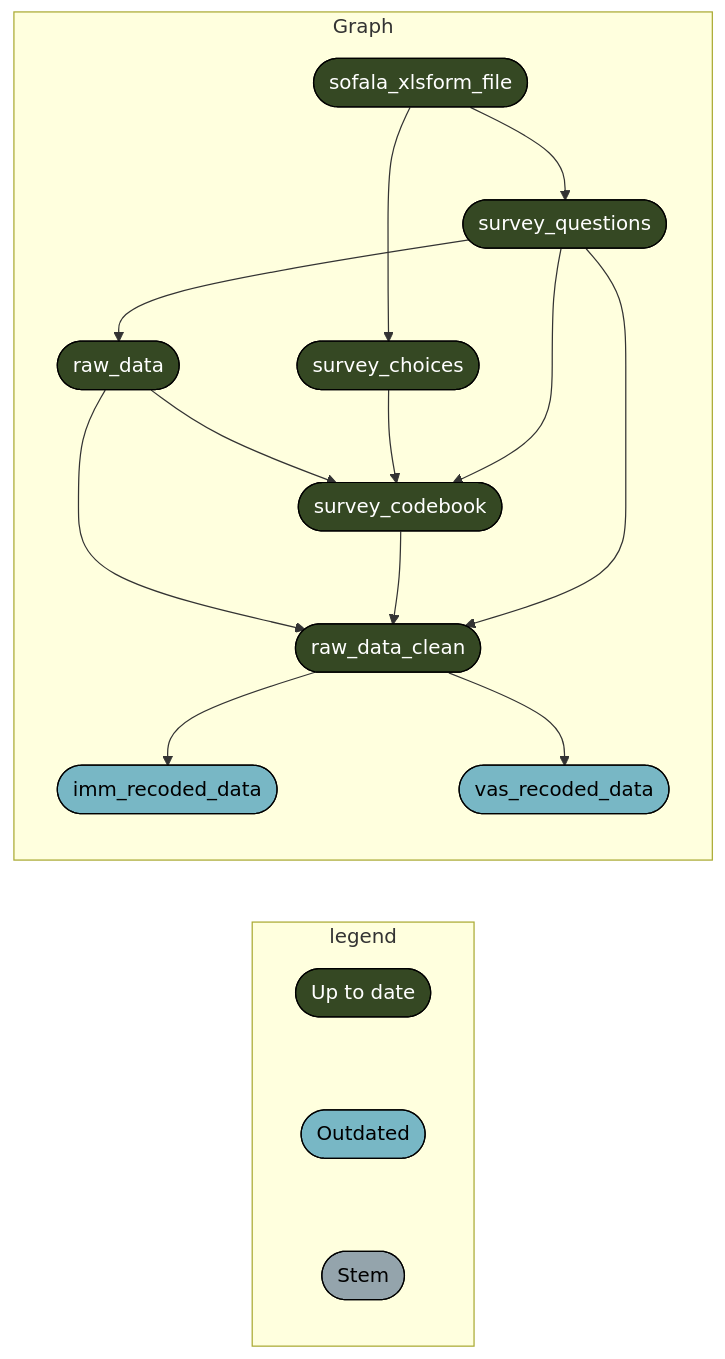
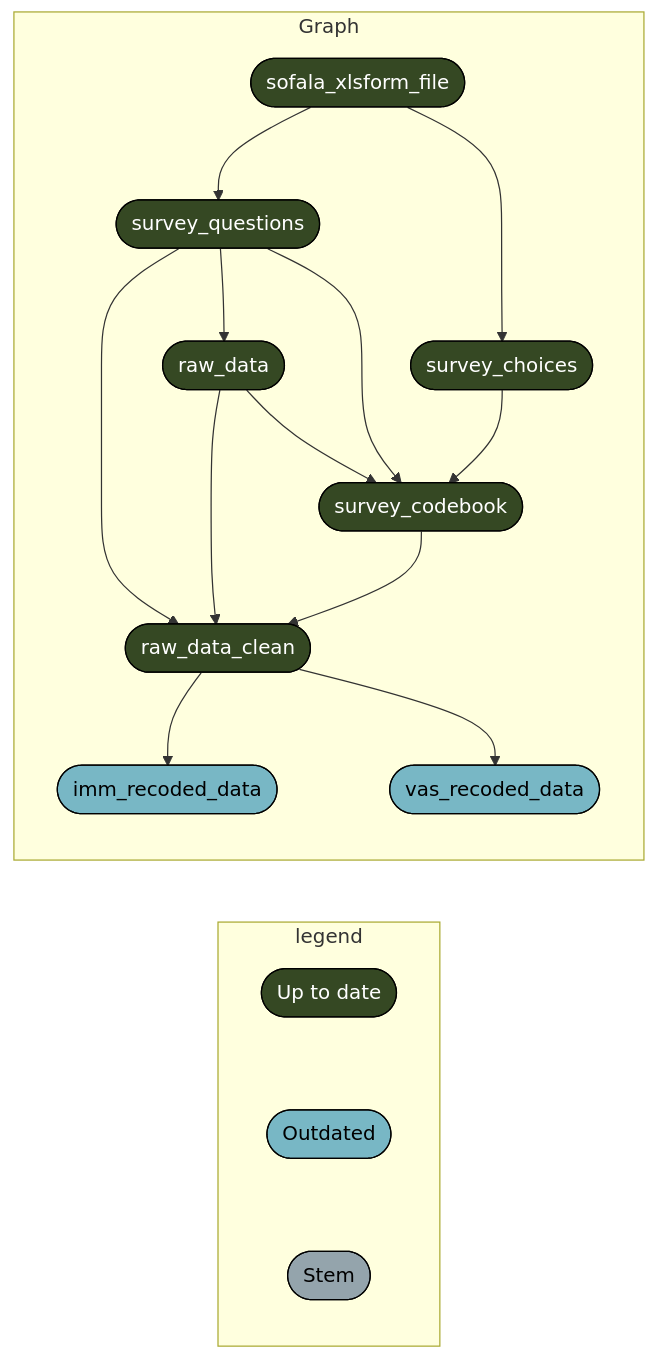
One commit to katilingban/mozambique-s3m changed the fifth of 8 diagrams in README.md. Above: the diagram before and after it, drawn with Mermaid. The commit also changed other lines of this file and 3 other files, not shown here.

````diff
--- a/README.md
+++ b/README.md
@@ -155,25 +155,25 @@
 ``` mermaid
 graph LR
   subgraph legend
     x7420bd9270f8d27d([""Up to date""]):::uptodate --- x0a52b03877696646([""Outdated""]):::outdated
     x0a52b03877696646([""Outdated""]):::outdated --- xbf4603d6c2c2ad6b([""Stem""]):::none
   end
   subgraph Graph
+    x136e4e85e6851637(["raw_data"]):::uptodate --> x09e58614f2343db8(["raw_data_clean"]):::uptodate
+    xfcfc1959dbba8ed3(["survey_codebook"]):::uptodate --> x09e58614f2343db8(["raw_data_clean"]):::uptodate
+    x0c65864d89dfd824(["survey_questions"]):::uptodate --> x09e58614f2343db8(["raw_data_clean"]):::uptodate
     x09e58614f2343db8(["raw_data_clean"]):::uptodate --> x4886c91a92173c33(["imm_recoded_data"]):::outdated
+    x0c65864d89dfd824(["survey_questions"]):::uptodate --> x136e4e85e6851637(["raw_data"]):::uptodate
     x52eeb21c389d52d8(["sofala_xlsform_file"]):::uptodate --> x0c65864d89dfd824(["survey_questions"]):::uptodate
     x09e58614f2343db8(["raw_data_clean"]):::uptodate --> x1dccf1efe1fe8a59(["vas_recoded_data"]):::outdated
     x136e4e85e6851637(["raw_data"]):::uptodate --> xfcfc1959dbba8ed3(["survey_codebook"]):::uptodate
     x5aed27afbde18e19(["survey_choices"]):::uptodate --> xfcfc1959dbba8ed3(["survey_codebook"]):::uptodate
     x0c65864d89dfd824(["survey_questions"]):::uptodate --> xfcfc1959dbba8ed3(["survey_codebook"]):::uptodate
-    x136e4e85e6851637(["raw_data"]):::uptodate --> x09e58614f2343db8(["raw_data_clean"]):::uptodate
-    xfcfc1959dbba8ed3(["survey_codebook"]):::uptodate --> x09e58614f2343db8(["raw_data_clean"]):::uptodate
-    x0c65864d89dfd824(["survey_questions"]):::uptodate --> x09e58614f2343db8(["raw_data_clean"]):::uptodate
     x52eeb21c389d52d8(["sofala_xlsform_file"]):::uptodate --> x5aed27afbde18e19(["survey_choices"]):::uptodate
-    x0c65864d89dfd824(["survey_questions"]):::uptodate --> x136e4e85e6851637(["raw_data"]):::uptodate
   end
   classDef uptodate stroke:#000000,color:#ffffff,fill:#354823;
   classDef outdated stroke:#000000,color:#000000,fill:#78B7C5;
   classDef none stroke:#000000,color:#000000,fill:#94a4ac;
   linkStyle 0 stroke-width:0px;
   linkStyle 1 stroke-width:0px;
 ```
````
